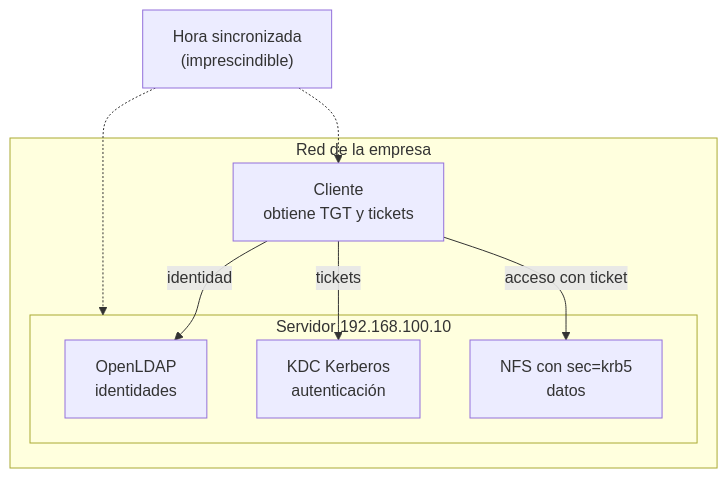
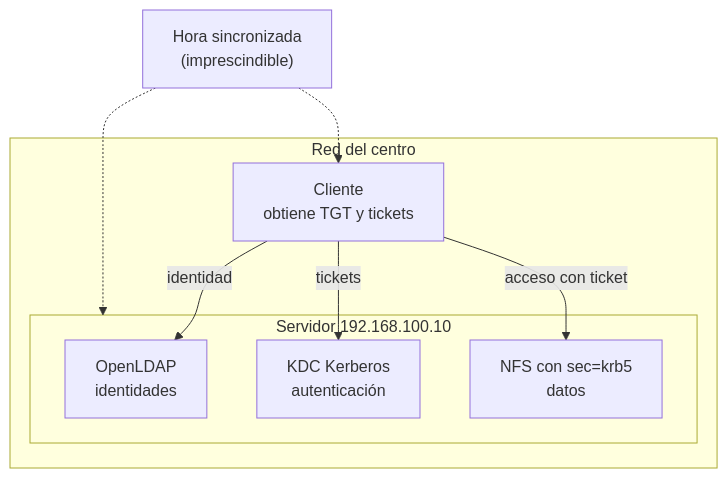
One commit to martin2745/curso-linux changed the seventh of 8 diagrams in sistemas_operativos_en_red/04_seguridad_del_escenario_y_kerberos.md. Above: the diagram before and after it, drawn with Mermaid. The commit also changed other lines of this file and 11 other files, not shown here.

````diff
--- a/sistemas_operativos_en_red/04_seguridad_del_escenario_y_kerberos.md
+++ b/sistemas_operativos_en_red/04_seguridad_del_escenario_y_kerberos.md
@@ -320,16 +320,16 @@
 ```mermaid
 flowchart TB
-    subgraph RED["Red de la empresa"]
+    subgraph RED["Red del centro"]
         subgraph SRV["Servidor 192.168.100.10"]
             LDAP["OpenLDAP<br>identidades"]
             KDC["KDC Kerberos<br>autenticación"]
             NFS["NFS con sec=krb5<br>datos"]
         end
         CLI["Cliente<br>obtiene TGT y tickets"]
     end
     CLI -->|"identidad"| LDAP
     CLI -->|"tickets"| KDC
     CLI -->|"acceso con ticket"| NFS
     NTP["Hora sincronizada<br>(imprescindible)"] -.-> SRV
     NTP -.-> CLI
 ```
````
